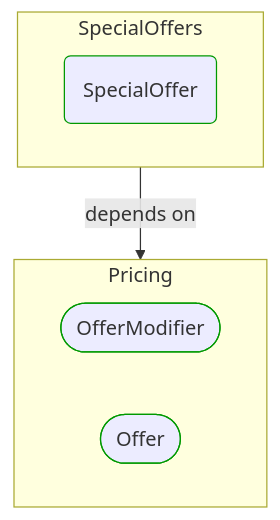
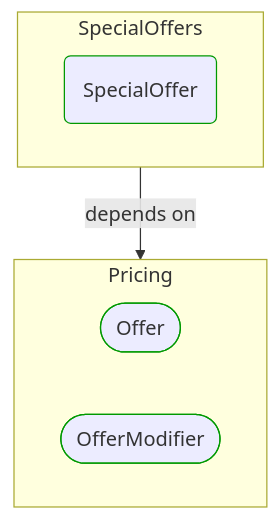
Before and after one commit to itlibrium/DDD-starter-dotnet: the diagram in Docs/P3/MermaidOutput/BuildingBlocks/Sales/Pricing/SpecialOffers/SpecialOffer.md, drawn with Mermaid. The commit also changed 78 other files, not shown here.

````diff
--- a/Docs/P3/MermaidOutput/BuildingBlocks/Sales/Pricing/SpecialOffers/SpecialOffer.md
+++ b/Docs/P3/MermaidOutput/BuildingBlocks/Sales/Pricing/SpecialOffers/SpecialOffer.md
@@ -18,17 +18,17 @@
 ```mermaid
   flowchart TB
     subgraph 0["SpecialOffers"]
       1(SpecialOffer)
       class 1 DomainPerspective
     end
     subgraph 2["Pricing"]
-      3([OfferModifier])
+      3([Offer])
       class 3 DomainPerspective
-      4([Offer])
+      4([OfferModifier])
       class 4 DomainPerspective
     end
     0-->|depends on|2
     classDef DomainPerspective stroke:#009900
     classDef TechnologyPerspective stroke:#1F41EB
     classDef PeoplePerspective stroke:#FFF014
 ```
````
